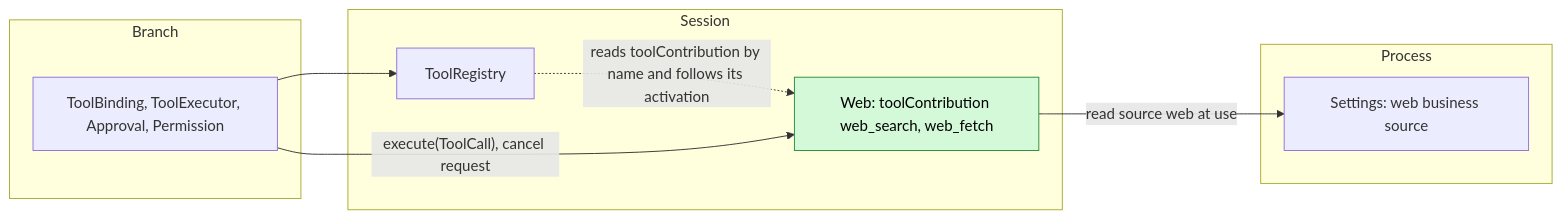
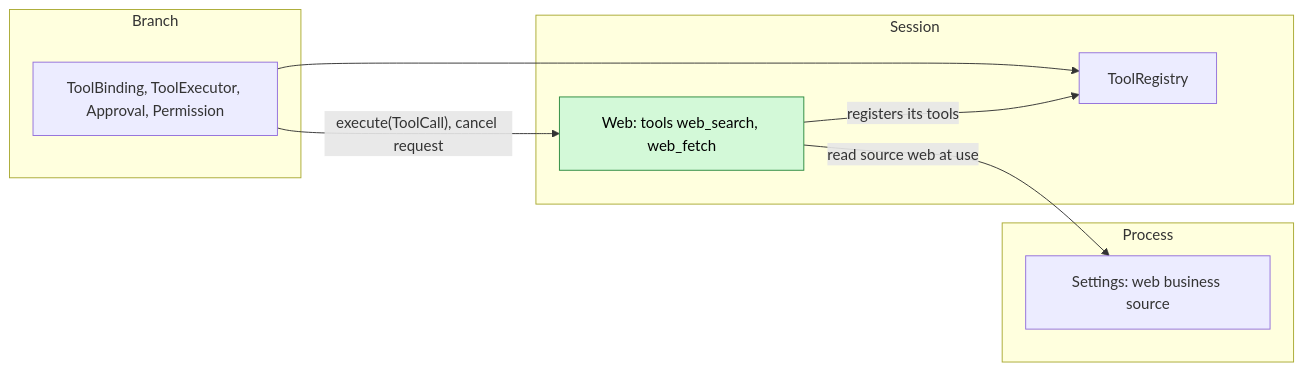
The first of 5 diagrams in docs/design/plugins/Web.md (CoutinhoTTS/dim-agent), drawn with Mermaid before and after one commit. The commit also changed other lines of this file and 101 other files, not shown here.

First line of the commit message:
Tools, tool sources and prompt sources register with their owner (R6)

````diff
--- a/docs/design/plugins/Web.md
+++ b/docs/design/plugins/Web.md
@@ -9,18 +9,18 @@
 ```mermaid
 flowchart LR
   subgraph PROC["Process"]
     Settings["Settings: web business source"]
   end
   subgraph SESS["Session"]
-    Web["Web: toolContribution web_search, web_fetch"]:::new
+    Web["Web: tools web_search, web_fetch"]:::new
     ToolRegistry["ToolRegistry"]
   end
   subgraph BR["Branch"]
     Exec["ToolBinding, ToolExecutor, Approval, Permission"]
   end
   Web -->|"read source web at use"| Settings
-  ToolRegistry -.->|"reads toolContribution by name and follows its activation"| Web
+  Web -->|"registers its tools"| ToolRegistry
   Exec --> ToolRegistry
   Exec -->|"execute(ToolCall), cancel request"| Web
   classDef new fill:#d3f9d8,stroke:#2b8a3e,color:#000
 ```
````
